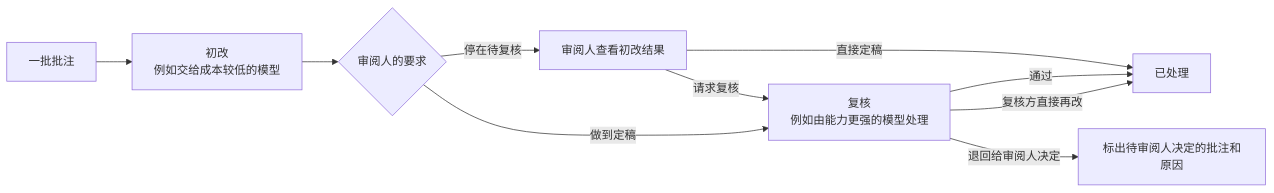
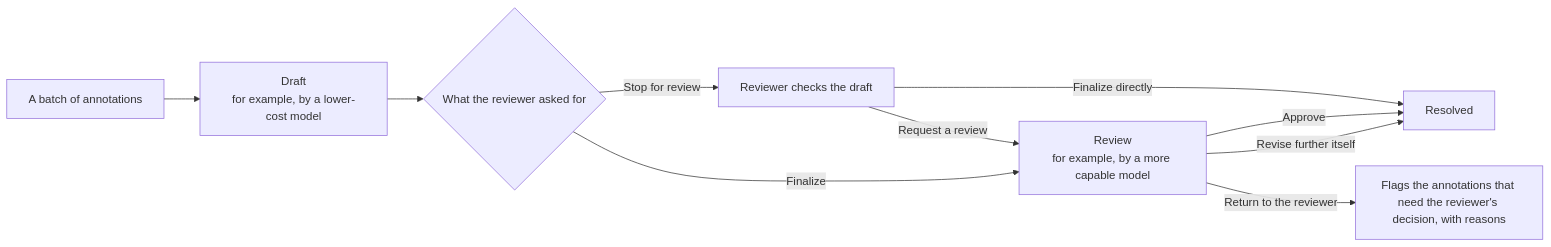
Before and after one commit to hezhongtang/annotation-everything: the fourth of 4 diagrams in README.md, drawn with Mermaid. The commit also changed other lines of this file and 12 other files, not shown here.

````diff
--- a/README.md
+++ b/README.md
@@ -393,12 +393,12 @@
 ```mermaid
 flowchart LR
-    S["一批批注"] --> D["初改<br>例如交给成本较低的模型"]
-    D --> W{"审阅人的要求"}
-    W -->|"停在待复核"| H["审阅人查看初改结果"]
-    H -->|"请求复核"| RV
-    H -->|"直接定稿"| F["已处理"]
-    W -->|"做到定稿"| RV["复核<br>例如由能力更强的模型处理"]
-    RV -->|"通过"| F
-    RV -->|"复核方直接再改"| F
-    RV -->|"退回给审阅人决定"| U["标出待审阅人决定的批注和原因"]
+    S["A batch of annotations"] --> D["Draft<br>for example, by a lower-cost model"]
+    D --> W{"What the reviewer asked for"}
+    W -->|"Stop for review"| H["Reviewer checks the draft"]
+    H -->|"Request a review"| RV
+    H -->|"Finalize directly"| F["Resolved"]
+    W -->|"Finalize"| RV["Review<br>for example, by a more capable model"]
+    RV -->|"Approve"| F
+    RV -->|"Revise further itself"| F
+    RV -->|"Return to the reviewer"| U["Flags the annotations that need the reviewer's decision, with reasons"]
 ```
````
